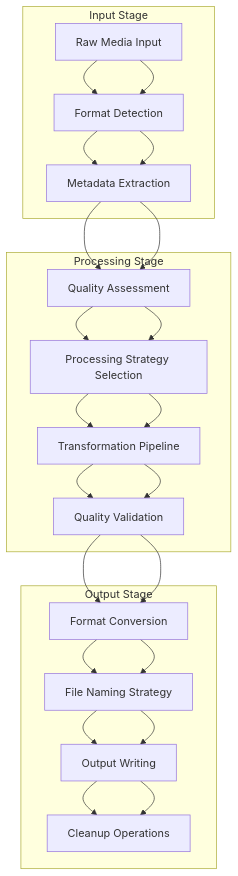
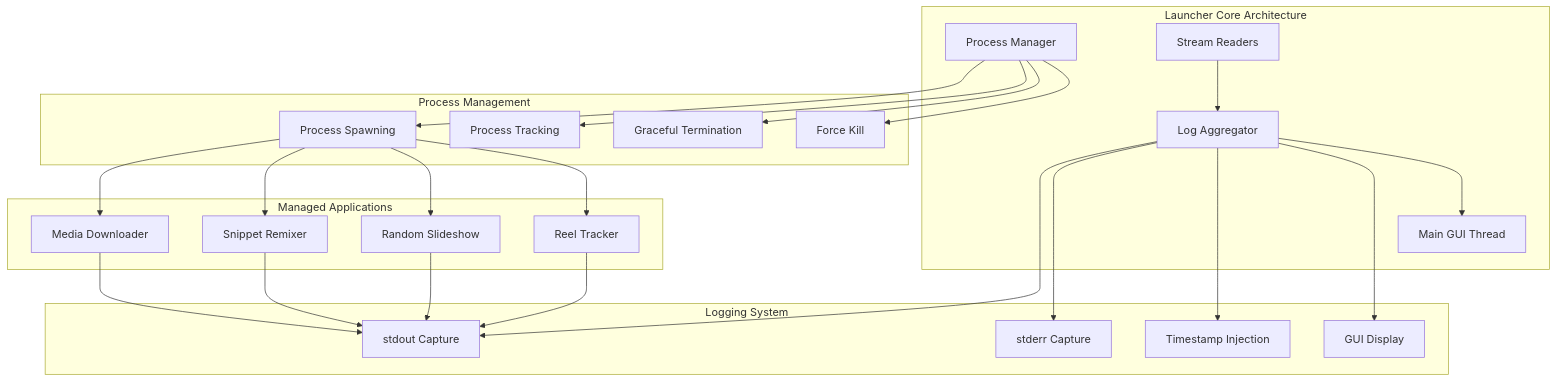
The sixth of 15 diagrams in ARCHITECTURE_DOCUMENTATION.md (blakedemarest/BEDROT-Media-Suite), drawn with Mermaid before and after one commit. The commit also changed other lines of this file and 54 other files, not shown here.

Commit message:
Implement comprehensive preset management system with full CRUD, import/export, and UI integration.

````diff
--- a/ARCHITECTURE_DOCUMENTATION.md
+++ b/ARCHITECTURE_DOCUMENTATION.md
@@ -305,36 +337,43 @@
 ```mermaid
 graph TB
-    %% Input Stage
-    A[Raw Media Input] --> B[Format Detection]
-    B --> C[Metadata Extraction]
-
-    %% Processing Stage
-    C --> D[Quality Assessment]
-    D --> E[Processing Strategy Selection]
-    E --> F[Transformation Pipeline]
-    F --> G[Quality Validation]
-
-    %% Output Stage
-    G --> H[Format Conversion]
-    H --> I[File Naming Strategy]
-    I --> J[Output Writing]
-    J --> K[Cleanup Operations]
-    subgraph "Input Stage"
-        A[Raw Media Input] --> B[Format Detection]
-        B --> C[Metadata Extraction]
+    subgraph "Launcher Core Architecture"
+        MAIN[Main GUI Thread]
+        PROC_MGR[Process Manager]
+        LOG_AGG[Log Aggregator]
+        STREAM[Stream Readers]
     end
     
-    subgraph "Processing Stage"
-        C --> D[Quality Assessment]
-        D --> E[Processing Strategy Selection]
-        E --> F[Transformation Pipeline]
-        F --> G[Quality Validation]
+    subgraph "Process Management"
+        PROC_MGR --> SPAWN[Process Spawning]
+        PROC_MGR --> TRACK[Process Tracking]
+        PROC_MGR --> TERM[Graceful Termination]
+        PROC_MGR --> KILL[Force Kill]
     end
     
-    subgraph "Output Stage"
-        G --> H[Format Conversion]
-        H --> I[File Naming Strategy]
-        I --> J[Output Writing]
-        J --> K[Cleanup Operations]
+    subgraph "Logging System"
+        LOG_AGG --> STDOUT[stdout Capture]
+        LOG_AGG --> STDERR[stderr Capture]
+        LOG_AGG --> TIMESTAMP[Timestamp Injection]
+        LOG_AGG --> DISPLAY[GUI Display]
     end
+    
+    subgraph "Managed Applications"
+        APP1[Media Downloader]
+        APP2[Snippet Remixer]
+        APP3[Random Slideshow]
+        APP4[Reel Tracker]
+    end
+    
+    SPAWN --> APP1
+    SPAWN --> APP2
+    SPAWN --> APP3
+    SPAWN --> APP4
+    
+    APP1 --> STDOUT
+    APP2 --> STDOUT
+    APP3 --> STDOUT
+    APP4 --> STDOUT
+    
+    STREAM --> LOG_AGG
+    LOG_AGG --> MAIN
 ```
````
